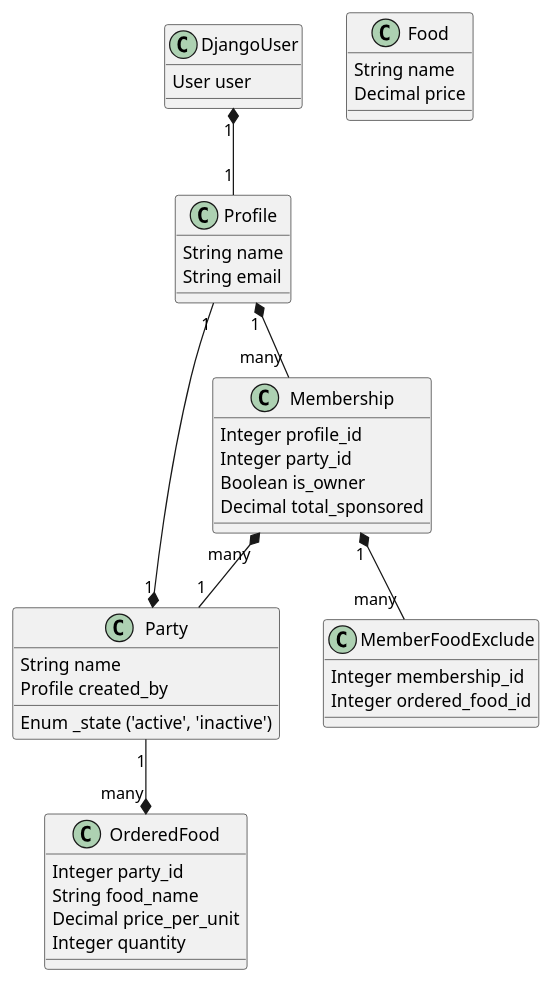
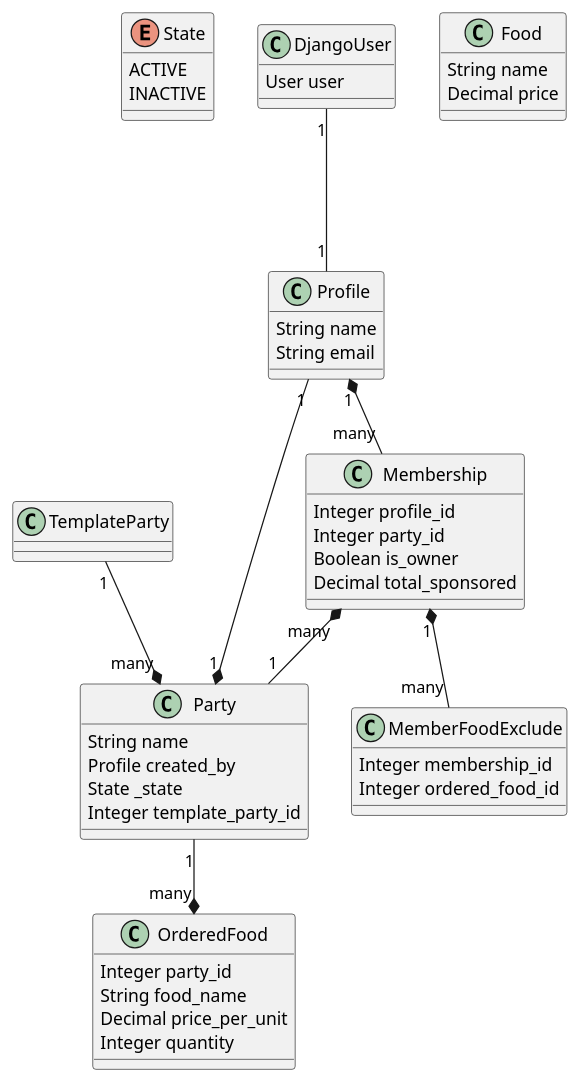
Before and after one commit to DDshka/PartyCalculator: the diagram in umlcomposition.puml, drawn with PlantUML. The commit also changed 28 other files, not shown here.

```diff
--- a/umlcomposition.puml
+++ b/umlcomposition.puml
@@ -1,49 +1,55 @@
 @startuml
+enum State {
+  ACTIVE
+  INACTIVE
+}
+
 class Profile {
   String name
   String email
 }
 
 class DjangoUser {
   User user
 }
 
 class Party {
   String name
   Profile created_by
-  Enum _state ('active', 'inactive')
+  State _state
+  Integer template_party_id
 }
 
 class Food {
   String name
   Decimal price
 }
 
 class Membership {
   Integer profile_id
   Integer party_id
   Boolean is_owner
   Decimal total_sponsored
 }
 
 class MemberFoodExclude {
   Integer membership_id
   Integer ordered_food_id
 }
 
 class OrderedFood {
   Integer party_id
   String food_name
   Decimal price_per_unit
   Integer quantity
 }
 
-DjangoUser "1" *-- "1" Profile
-
+DjangoUser "1" --- "1" Profile
 
 Profile "1" *-- "many" Membership
 Membership "1" *-- "many" MemberFoodExclude
 Membership "many" *-- "1" Party
 Party "1" --* "many" OrderedFood
 Party "1" *-- "1" Profile
+TemplateParty "1" --* "many" Party
 @enduml
```
